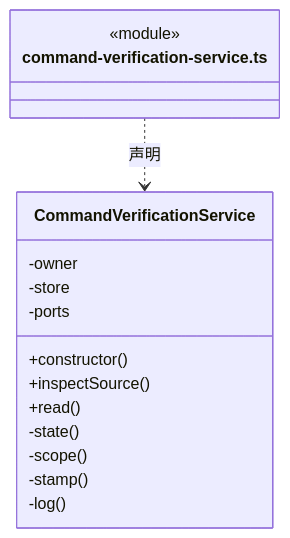
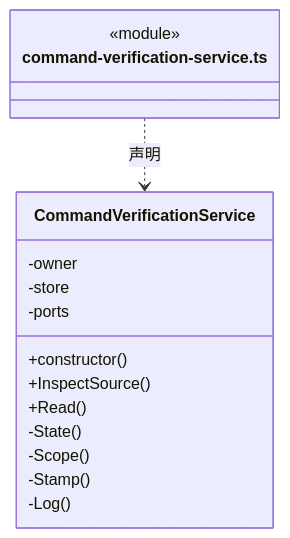
One commit to nan023062/cbim changed the fourth of 23 diagrams in src/logic/evidence/runtime/ARCHITECTURE.md. Above: the diagram before and after it, drawn with Mermaid. The commit also changed other lines of this file and 1035 other files, not shown here.

````diff
--- a/src/logic/evidence/runtime/ARCHITECTURE.md
+++ b/src/logic/evidence/runtime/ARCHITECTURE.md
@@ -114,19 +114,19 @@
 ```mermaid
 classDiagram
 class N_src_logic_evidence_runtime_command_verification_service_ts["command-verification-service.ts"] {
   <<module>>
 }
 class N_src_logic_evidence_runtime_command_verification_service_ts_CommandVerificationService["CommandVerificationService"] {
   +constructor()
-  +inspectSource()
-  +read()
+  +InspectSource()
+  +Read()
   -owner
   -store
   -ports
-  -state()
-  -scope()
-  -stamp()
-  -log()
+  -State()
+  -Scope()
+  -Stamp()
+  -Log()
 }
 N_src_logic_evidence_runtime_command_verification_service_ts ..> N_src_logic_evidence_runtime_command_verification_service_ts_CommandVerificationService : 声明
 ```
````
